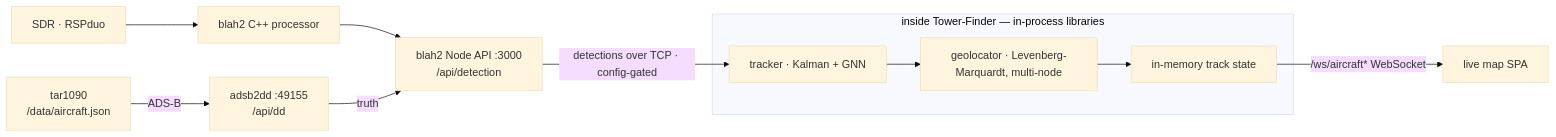
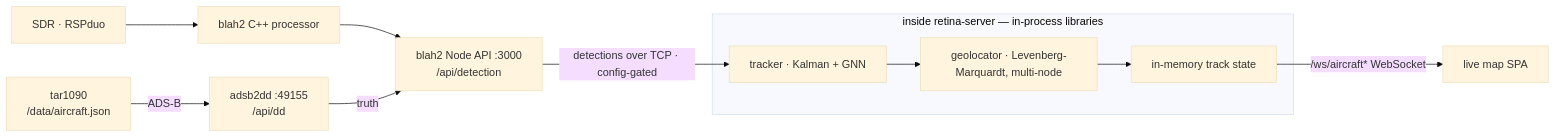
The second of 4 diagrams in docs/architecture.md (offworldlabs/claude-shared), drawn with Mermaid (base theme) before and after one commit. The commit also changed other lines of this file and 3 other files, not shown here.

First line of the commit message:
docs: Tower-Finder is now retina-server

````diff
--- a/docs/architecture.md
+++ b/docs/architecture.md
@@ -69,15 +69,15 @@
 ```mermaid
 flowchart LR
   tar[tar1090<br/>/data/aircraft.json] -->|ADS-B| a2d[adsb2dd :49155<br/>/api/dd]
   sdr[SDR · RSPduo] --> blah[blah2 C++ processor]
   blah --> api[blah2 Node API :3000<br/>/api/detection]
   a2d -->|truth| api
   api -->|detections over TCP · config-gated| trk
 
-  subgraph central["inside Tower-Finder — in-process libraries"]
+  subgraph central["inside retina-server — in-process libraries"]
     trk[tracker · Kalman + GNN] --> geo[geolocator · Levenberg-Marquardt, multi-node]
     geo --> state[in-memory track state]
   end
 
   state -->|/ws/aircraft* WebSocket| map[live map SPA]
 ```
````
